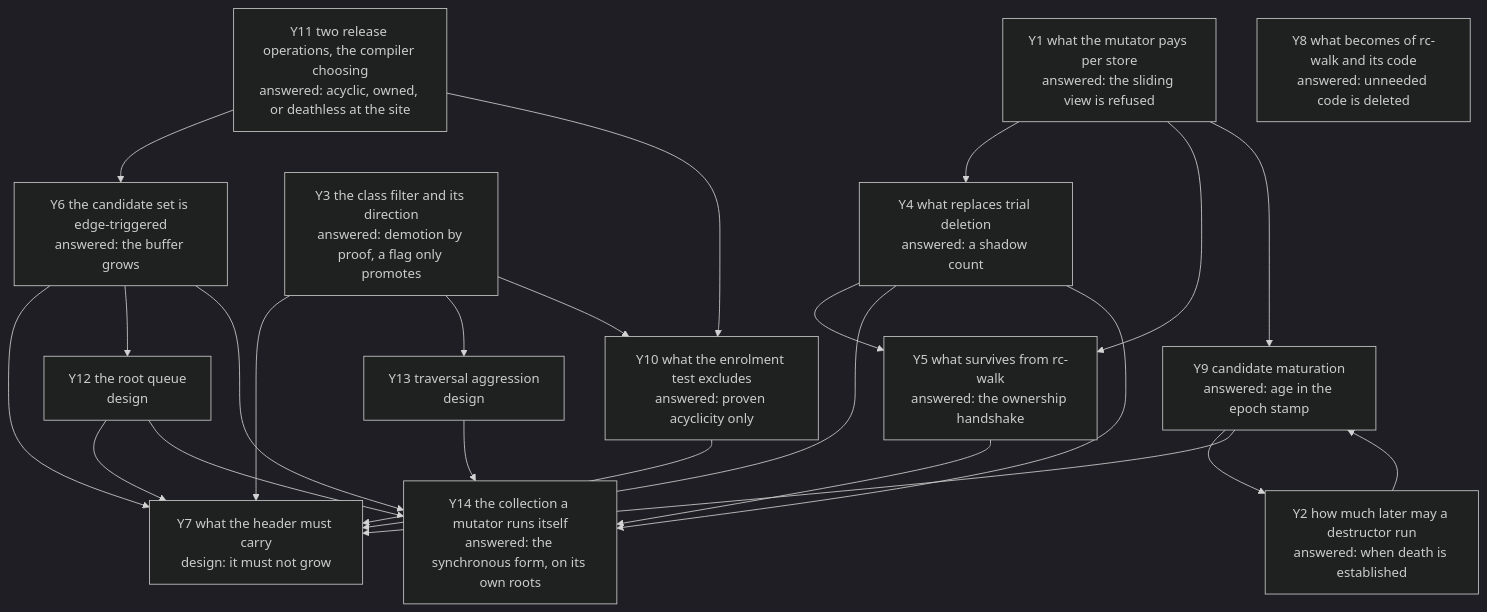
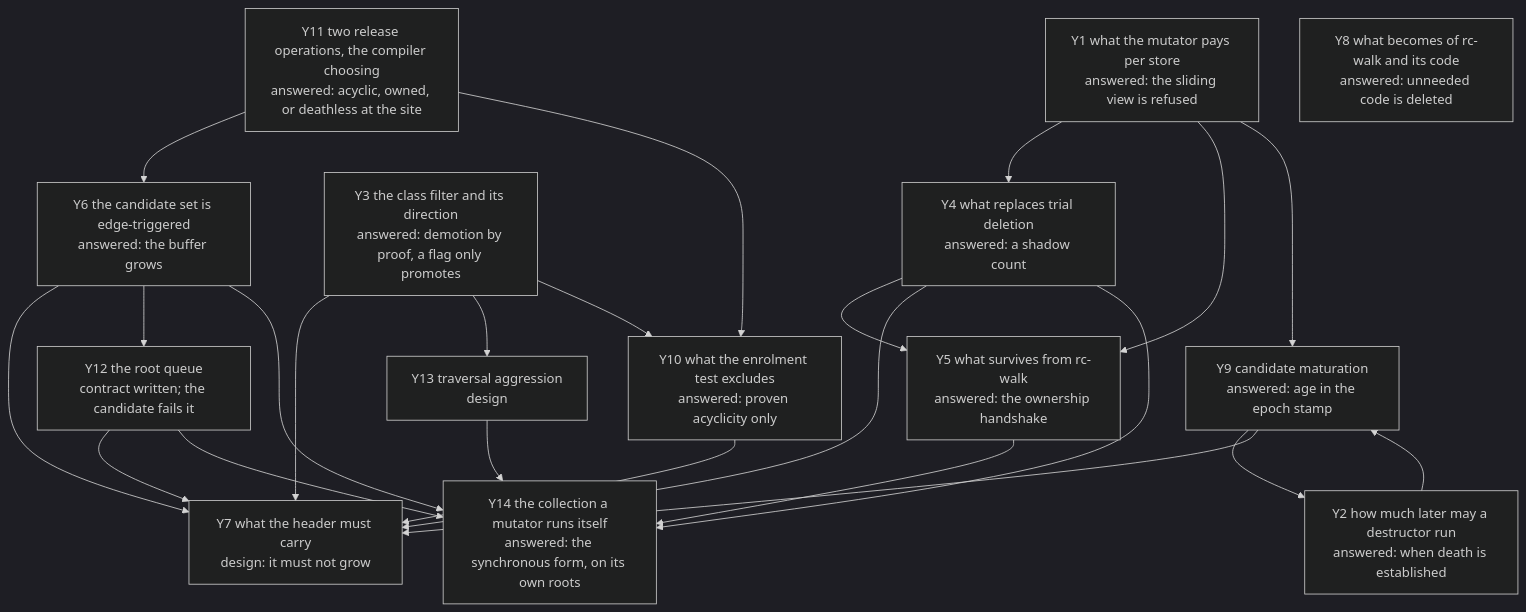
Before and after one commit to limelight-lang/rfc: the diagram in model/gc/cycle/questions.md, drawn with Mermaid (dark theme). The commit also changed other lines of this file and 2 other files, not shown here.

Commit message:
model: the enrolment queue's contract, and the named SPSC candidate fails it

````diff
--- a/model/gc/cycle/questions.md
+++ b/model/gc/cycle/questions.md
@@ -15,21 +15,21 @@
 ```mermaid
 flowchart TD
     Y1[Y1 what the mutator pays per store<br/>answered: the sliding view is refused] --> Y4 & Y5 & Y9
     Y2[Y2 how much later may a destructor run<br/>answered: when death is established] --> Y9
     Y3[Y3 the class filter and its direction<br/>answered: demotion by proof, a flag only promotes] --> Y7 & Y13
     Y4[Y4 what replaces trial deletion<br/>answered: a shadow count] --> Y5 & Y7
     Y9[Y9 candidate maturation<br/>answered: age in the epoch stamp] --> Y2 & Y7
     Y10[Y10 what the enrolment test excludes<br/>answered: proven acyclicity only] --> Y7
     Y11[Y11 two release operations, the compiler choosing<br/>answered: acyclic, owned, or deathless at the site] --> Y6 & Y10
     Y3 --> Y10
     Y5[Y5 what survives from rc-walk<br/>answered: the ownership handshake]
     Y6[Y6 the candidate set is edge-triggered<br/>answered: the buffer grows] --> Y7 & Y12
     Y7[Y7 what the header must carry<br/>design: it must not grow]
     Y8[Y8 what becomes of rc-walk and its code<br/>answered: unneeded code is deleted]
-    Y12[Y12 the root queue<br/>design] --> Y7 & Y14
+    Y12[Y12 the root queue<br/>contract written; the candidate fails it] --> Y7 & Y14
     Y13[Y13 traversal aggression<br/>design] --> Y14
     Y4 --> Y14
     Y5 --> Y14
     Y6 --> Y14
     Y14[Y14 the collection a mutator runs itself<br/>answered: the synchronous form, on its own roots]
 ```
````
